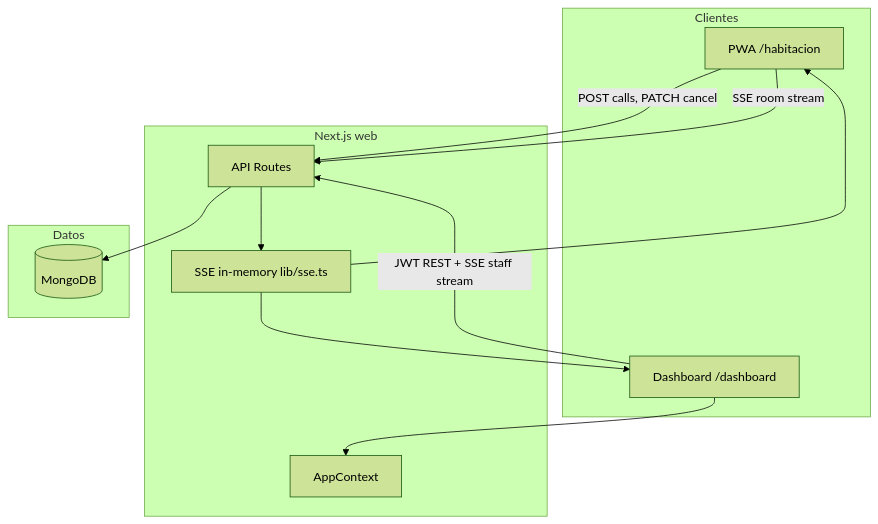
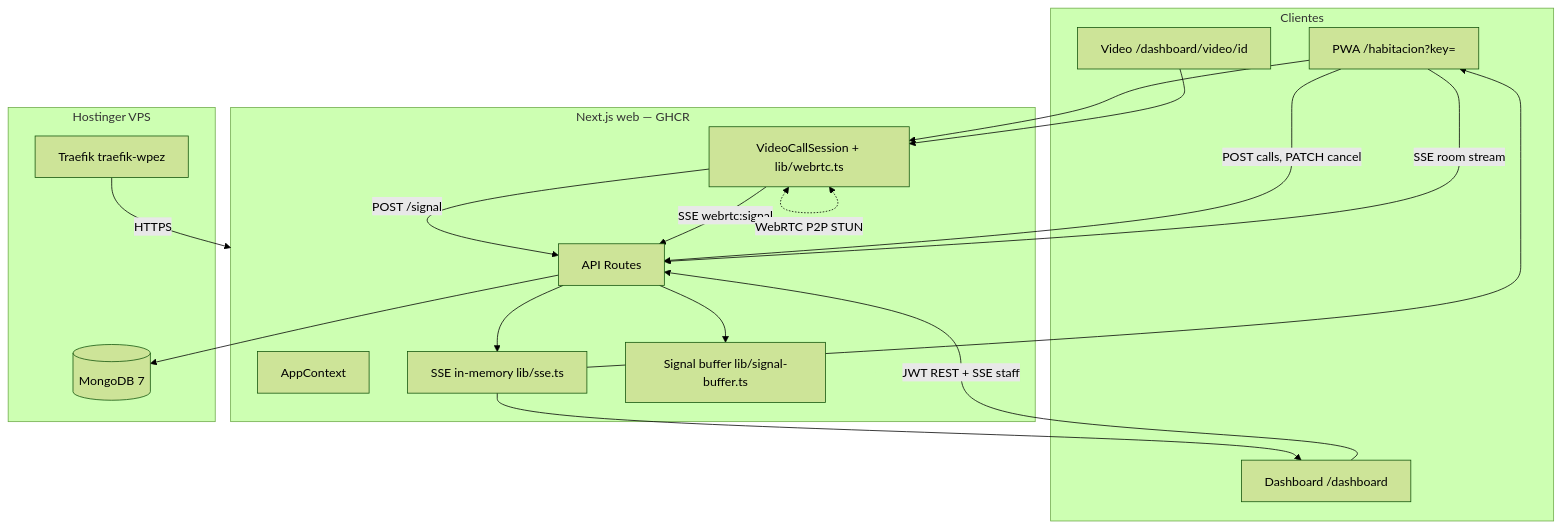
One commit to lelion13/app-habitacion changed the first of 2 diagrams in docs/architecture.md. Above: the diagram before and after it, drawn with Mermaid (forest theme). The commit also changed other lines of this file and 28 other files, not shown here.

First line of the commit message:
Document and archive SDD changes through WebRTC prod verification.

````diff
--- a/docs/architecture.md
+++ b/docs/architecture.md
@@ -7,26 +7,36 @@
 ```mermaid
 flowchart TB
   subgraph clients [Clientes]
-    H[PWA /habitacion]
+    H[PWA /habitacion?key=]
     D[Dashboard /dashboard]
+    V[Video /dashboard/video/id]
   end
 
-  subgraph next [Next.js web]
+  subgraph next [Next.js web — GHCR]
     API[API Routes]
     CTX[AppContext]
     SSE_BUS[SSE in-memory lib/sse.ts]
+    SIG[Signal buffer lib/signal-buffer.ts]
+    WRTC[VideoCallSession + lib/webrtc.ts]
   end
 
-  subgraph data [Datos]
-    MONGO[(MongoDB)]
+  subgraph infra [Hostinger VPS]
+    T[Traefik traefik-wpez]
+    MONGO[(MongoDB 7)]
   end
 
+  H --> WRTC
+  V --> WRTC
   H -->|POST calls, PATCH cancel| API
   H -->|SSE room stream| API
-  D -->|JWT REST + SSE staff stream| API
-  D --> CTX
+  D -->|JWT REST + SSE staff| API
+  WRTC -->|POST /signal| API
+  WRTC -->|SSE webrtc:signal| API
+  T -->|HTTPS| next
   API --> MONGO
   API --> SSE_BUS
+  API --> SIG
   SSE_BUS --> D
   SSE_BUS --> H
+  WRTC <-.->|WebRTC P2P STUN| WRTC
 ```
````
